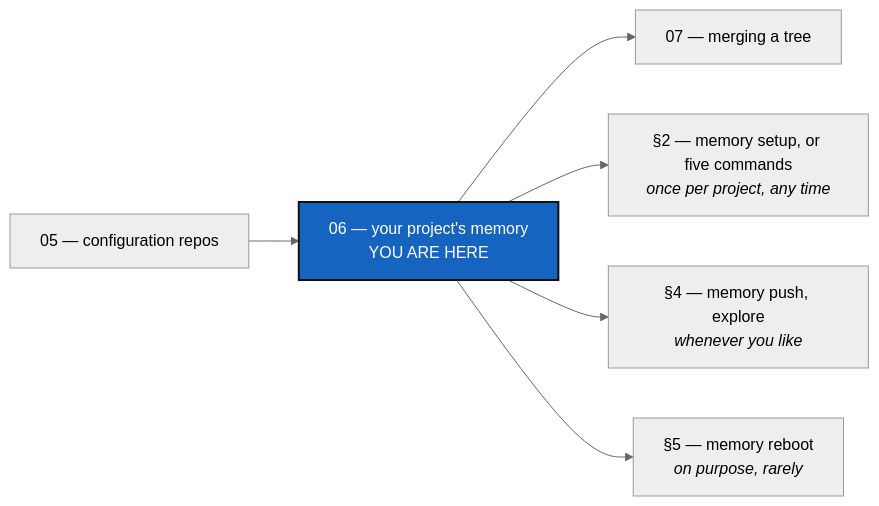
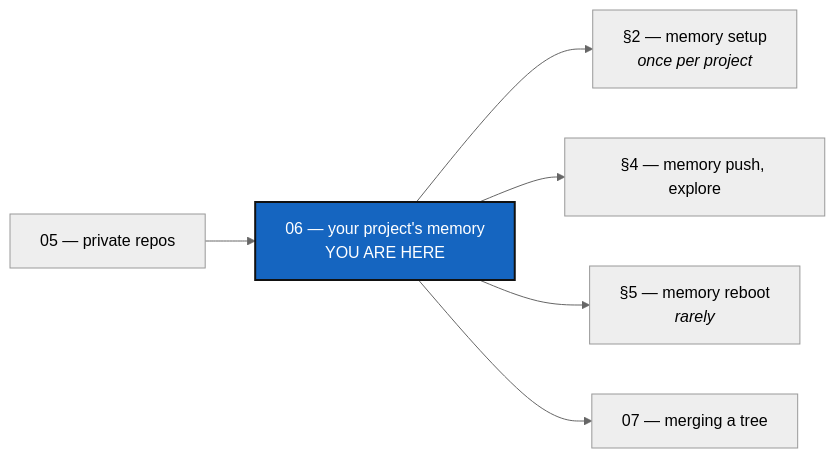
Before and after one commit to flipoyo/ComplexGitSync: the diagram in tutorials/06_memory.md, drawn with Mermaid (neutral theme). The commit also changed other lines of this file and 8 other files, not shown here.

````diff
--- a/tutorials/06_memory.md
+++ b/tutorials/06_memory.md
@@ -34,11 +27,11 @@
 ```mermaid
 graph LR
-    T5["05 — configuration repos"] --> T6["06 — your project's memory<br/>YOU ARE HERE"]
+    T5["05 — private repos"] --> T6["06 — your project's memory<br/>YOU ARE HERE"]
+    T6 --> ONCE["§2 — memory setup<br/><i>once per project</i>"]
+    T6 --> DAILY["§4 — memory push, explore"]
+    T6 --> REBOOT["§5 — memory reboot<br/><i>rarely</i>"]
     T6 --> T7["07 — merging a tree"]
-    T6 --> ONCE["§2 — memory setup, or five commands<br/><i>once per project, any time</i>"]
-    T6 --> DAILY["§4 — memory push, explore<br/><i>whenever you like</i>"]
-    T6 --> REBOOT["§5 — memory reboot<br/><i>on purpose, rarely</i>"]
 
     classDef here fill:#1565C0,color:#fff,stroke:#111,stroke-width:2px;
     class T6 here;
 ```
````
